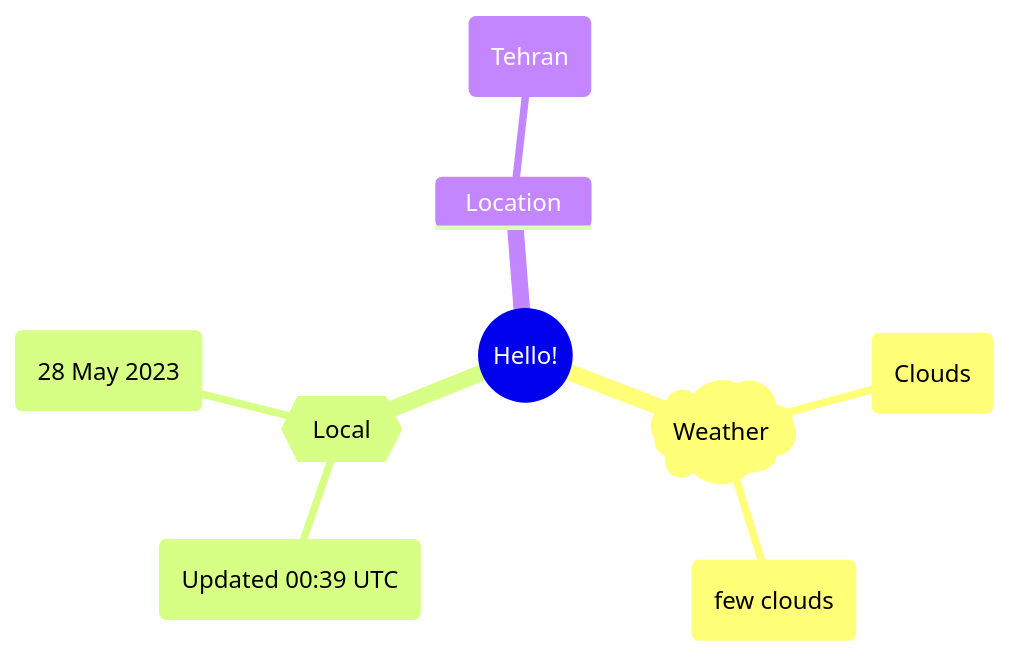
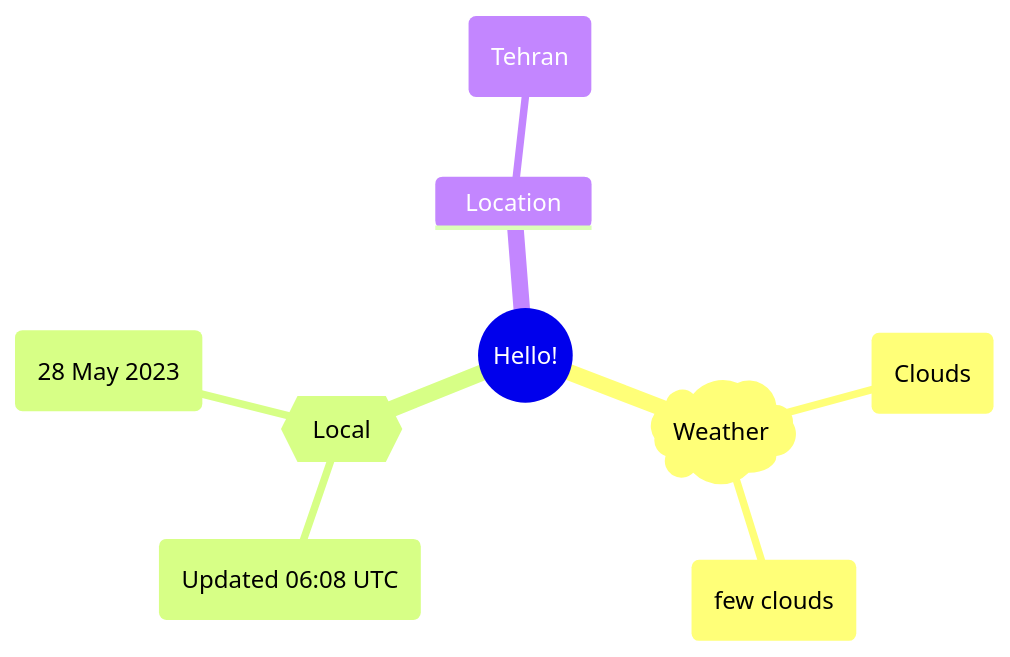
Before and after one commit to Xosrov/Xosrov: the first of 2 diagrams in README.md, drawn with Mermaid.

Commit message:
[bot] updated images

````diff
--- a/README.md
+++ b/README.md
@@ -3,12 +3,12 @@
 ```mermaid
 mindmap
   root((Hello!))
     )Weather(
         (Clouds)
         (few clouds)
     {{Local}}
-        (Updated 00:39 UTC)
+        (Updated 06:08 UTC)
         (28 May 2023)
     Location
         (Tehran)
 ```
````
